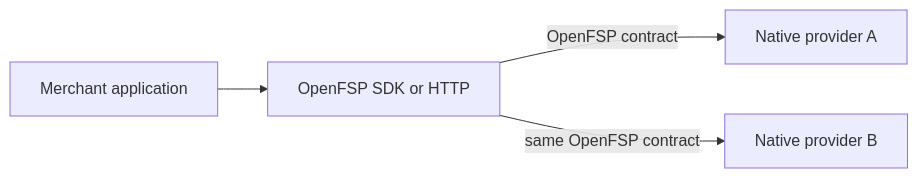
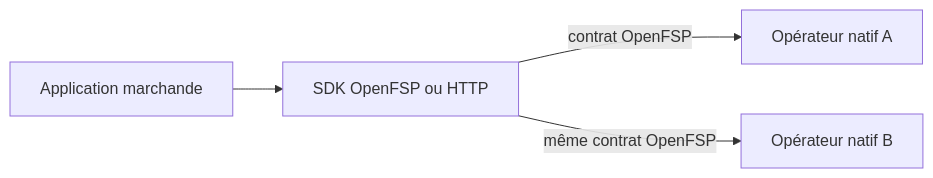
One commit to openfspht/openfsp.org changed the diagram in content/docs/architecture.mdx. Above: the diagram before and after it, drawn with Mermaid. The commit also changed other lines of this file and 64 other files, not shown here.

````diff
--- a/content/docs/architecture.mdx
+++ b/content/docs/architecture.mdx
@@ -16,6 +16,6 @@
 ```mermaid
 flowchart LR
-    A["Merchant application"] --> S["OpenFSP SDK or HTTP"]
-    S -- "OpenFSP contract" --> P1["Native provider A"]
-    S -- "same OpenFSP contract" --> P2["Native provider B"]
+    A["Application marchande"] --> S["SDK OpenFSP ou HTTP"]
+    S -- "contrat OpenFSP" --> P1["Opérateur natif A"]
+    S -- "même contrat OpenFSP" --> P2["Opérateur natif B"]
 ```
````
